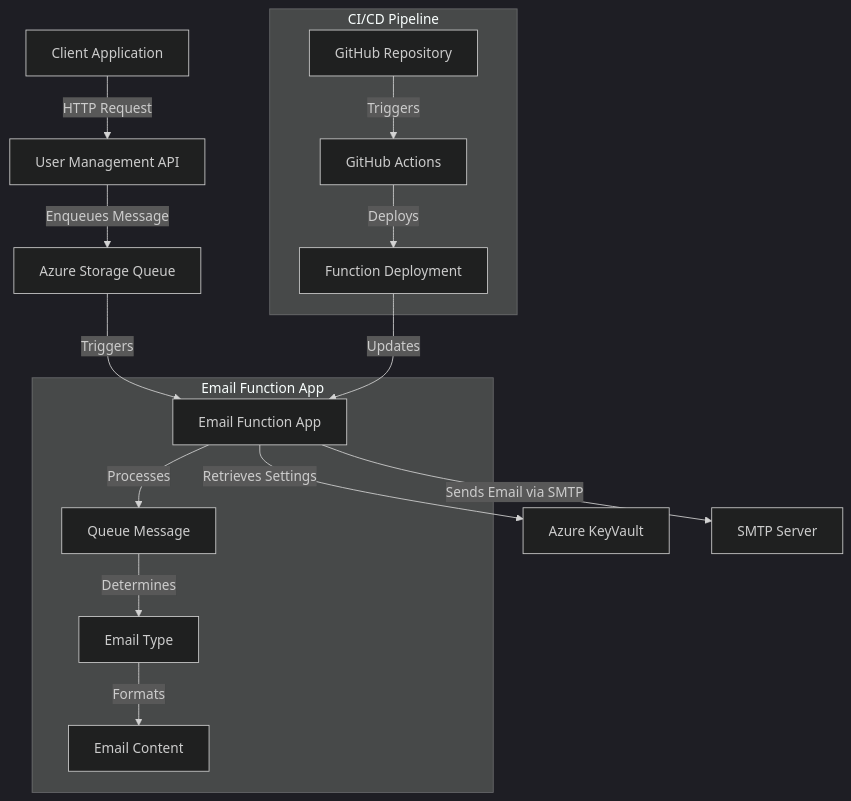
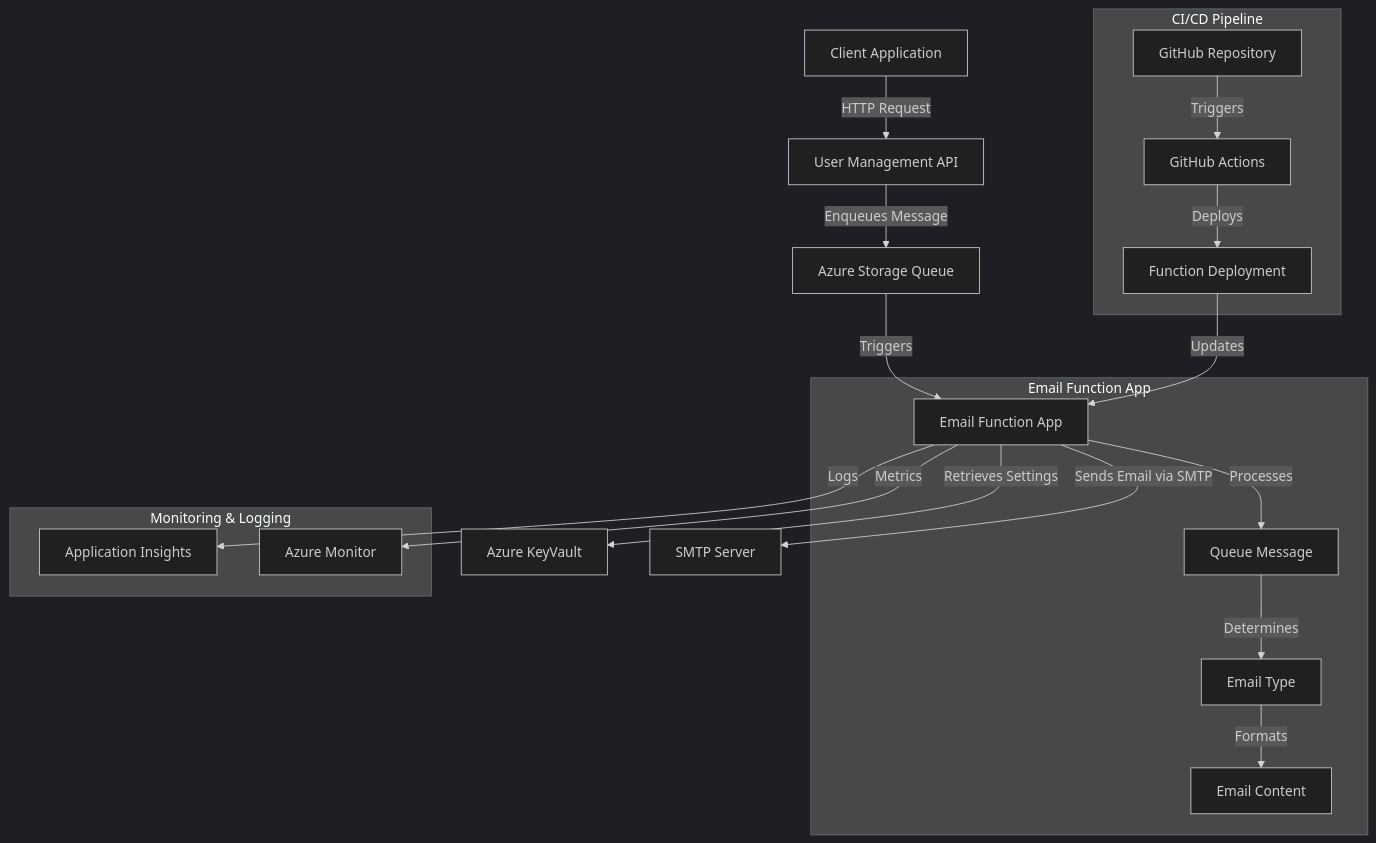
One commit to yungryce/Email_FA changed the first of 2 diagrams in ARCHITECTURE.md. Above: the diagram before and after it, drawn with Mermaid (dark theme). The commit also changed other lines of this file and 5 other files, not shown here.

````diff
--- a/ARCHITECTURE.md
+++ b/ARCHITECTURE.md
@@ -7,20 +11,25 @@
 ```mermaid
 graph TD
     Client[Client Application] -->|HTTP Request| API[User Management API]
     API -->|Enqueues Message| Queue[Azure Storage Queue]
     Queue -->|Triggers| Function[Email Function App]
     Function -->|Retrieves Settings| KeyVault[Azure KeyVault]
     Function -->|Sends Email via SMTP| EmailService[SMTP Server]
     
     subgraph "Email Function App"
         Function -->|Processes| QueueMessage[Queue Message]
         QueueMessage -->|Determines| EmailType[Email Type]
         EmailType -->|Formats| EmailContent[Email Content]
     end
     
     subgraph "CI/CD Pipeline"
         GitHub[GitHub Repository] -->|Triggers| Actions[GitHub Actions]
         Actions -->|Deploys| FunctionDeployment[Function Deployment]
         FunctionDeployment -->|Updates| Function
     end
+    
+    subgraph "Monitoring & Logging"
+        Function -->|Logs| AppInsights[Application Insights]
+        Function -->|Metrics| Monitor[Azure Monitor]
+    end
 ```
````
